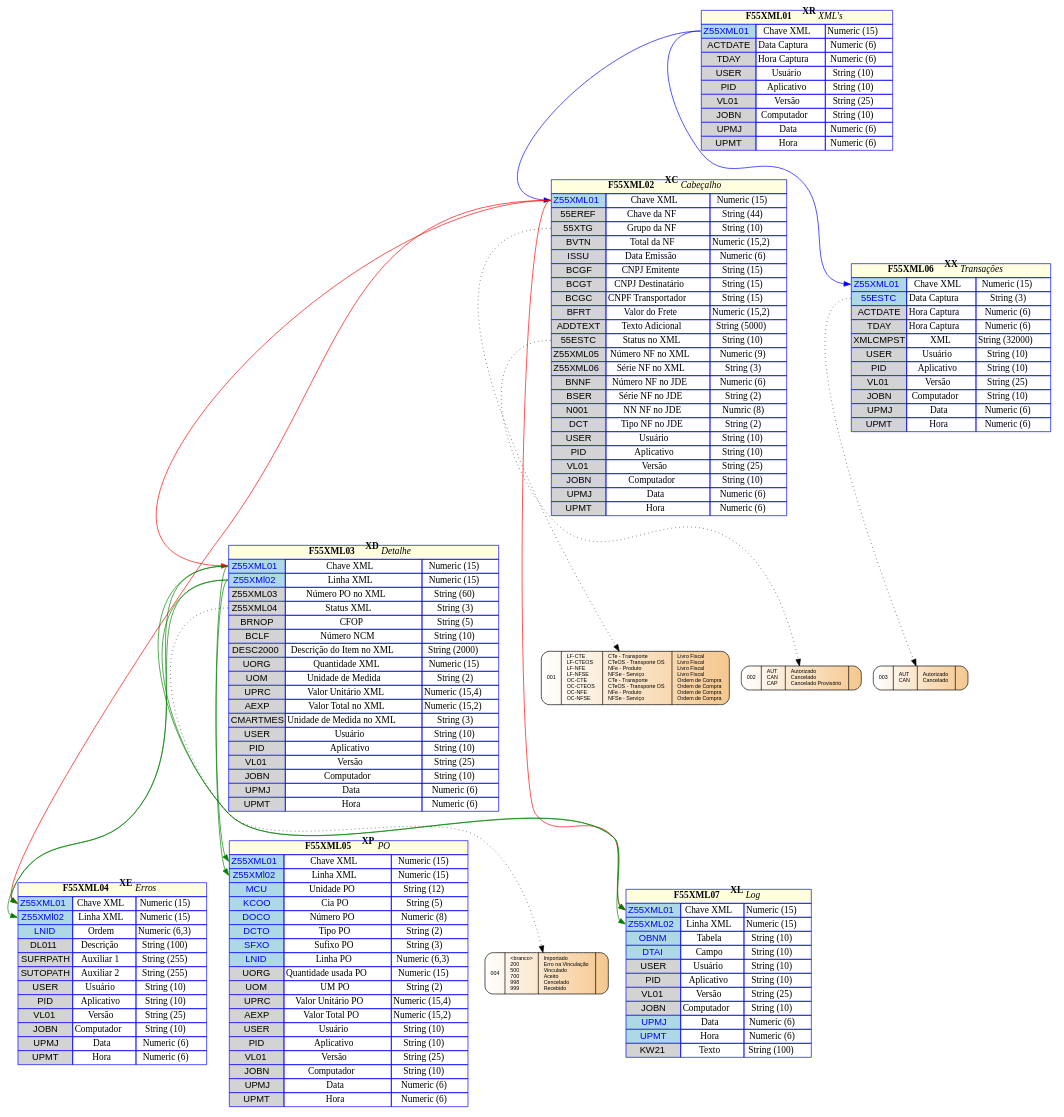
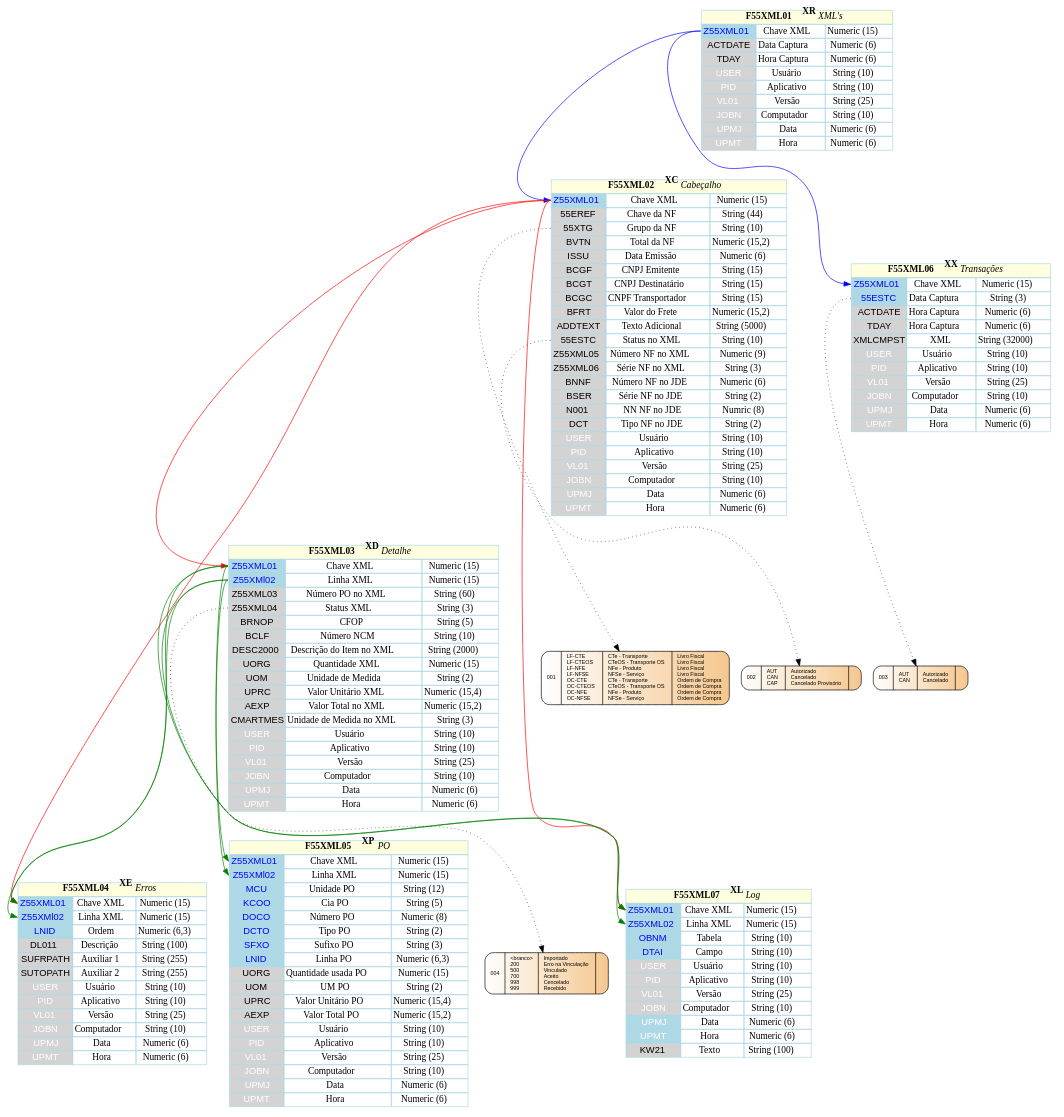
The diagram in ER XML - novo.gv (GiovaniPM/Graphs), drawn with Graphviz before and after one commit.

Commit message:
Giovani_Mesquita(RBST10164) 200317114206

```diff
--- a/ER XML - novo.gv
+++ b/ER XML - novo.gv
@@ -3,24 +3,24 @@
   tabela01 [
    shape=none
    label=<
-     <table border='0' cellborder='1' color='blue' cellspacing='0'>
+     <table border='0' cellborder='1' color='lightblue' cellspacing='0'>
        <tr><td colspan="3" bgcolor="lightyellow"><b>F55XML01<sup>XR</sup></b> <i>XML's</i></td></tr>
        <tr><td port='col01' bgcolor="lightblue"><font face="helvetica" color="blue">Z55XML01</font></td><td>Chave XML</td><td>Numeric (15)</td></tr>
        <tr><td port='col02' bgcolor="lightgray"><font face="helvetica" color="black">ACTDATE</font></td><td>Data Captura</td><td>Numeric (6)</td></tr>
        <tr><td port='col03' bgcolor="lightgray"><font face="helvetica" color="black">TDAY</font></td><td>Hora Captura</td><td>Numeric (6)</td></tr>
-       <tr><td bgcolor="lightgray"><font face="helvetica" color="black">USER</font></td><td>Usuário</td><td>String (10)</td></tr>
-       <tr><td bgcolor="lightgray"><font face="helvetica" color="black">PID</font></td><td>Aplicativo</td><td>String (10)</td></tr>
-       <tr><td bgcolor="lightgray"><font face="helvetica" color="black">VL01</font></td><td>Versão</td><td>String (25)</td></tr>
-       <tr><td bgcolor="lightgray"><font face="helvetica" color="black">JOBN</font></td><td>Computador</td><td>String (10)</td></tr>
-       <tr><td bgcolor="lightgray"><font face="helvetica" color="black">UPMJ</font></td><td>Data</td><td>Numeric (6)</td></tr>
-       <tr><td bgcolor="lightgray"><font face="helvetica" color="black">UPMT</font></td><td>Hora</td><td>Numeric (6)</td></tr>
+       <tr><td bgcolor="lightgray"><font face="helvetica" color="white">USER</font></td><td>Usuário</td><td>String (10)</td></tr>
+       <tr><td bgcolor="lightgray"><font face="helvetica" color="white">PID</font></td><td>Aplicativo</td><td>String (10)</td></tr>
+       <tr><td bgcolor="lightgray"><font face="helvetica" color="white">VL01</font></td><td>Versão</td><td>String (25)</td></tr>
+       <tr><td bgcolor="lightgray"><font face="helvetica" color="white">JOBN</font></td><td>Computador</td><td>String (10)</td></tr>
+       <tr><td bgcolor="lightgray"><font face="helvetica" color="white">UPMJ</font></td><td>Data</td><td>Numeric (6)</td></tr>
+       <tr><td bgcolor="lightgray"><font face="helvetica" color="white">UPMT</font></td><td>Hora</td><td>Numeric (6)</td></tr>
      </table>
   >];
 
   tabela02 [
    shape=none
    label=<
-     <table border='0' cellborder='1' color='blue' cellspacing='0'>
+     <table border='0' cellborder='1' color='lightblue' cellspacing='0'>
        <tr><td colspan="3" bgcolor="lightyellow"><b>F55XML02<sup>XC</sup></b> <i>Cabeçalho</i></td></tr>
        <tr><td port='col01' bgcolor="lightblue"><font face="helvetica" color="blue">Z55XML01</font></td><td>Chave XML</td><td>Numeric (15)</td></tr>
        <tr><td port='col02' bgcolor="lightgray"><font face="helvetica" color="black">55EREF</font></td><td>Chave da NF</td><td>String (44)</td></tr>
@@ -39,19 +39,19 @@
        <tr><td port='col15' bgcolor="lightgray"><font face="helvetica" color="black">BSER</font></td><td>Série NF no JDE</td><td>String (2)</td></tr>
        <tr><td port='col16' bgcolor="lightgray"><font face="helvetica" color="black">N001</font></td><td>NN NF no JDE</td><td>Numric (8)</td></tr>
        <tr><td port='col17' bgcolor="lightgray"><font face="helvetica" color="black">DCT</font></td><td>Tipo NF no JDE</td><td>String (2)</td></tr>
-       <tr><td bgcolor="lightgray"><font face="helvetica" color="black">USER</font></td><td>Usuário</td><td>String (10)</td></tr>
-       <tr><td bgcolor="lightgray"><font face="helvetica" color="black">PID</font></td><td>Aplicativo</td><td>String (10)</td></tr>
-       <tr><td bgcolor="lightgray"><font face="helvetica" color="black">VL01</font></td><td>Versão</td><td>String (25)</td></tr>
-       <tr><td bgcolor="lightgray"><font face="helvetica" color="black">JOBN</font></td><td>Computador</td><td>String (10)</td></tr>
-       <tr><td bgcolor="lightgray"><font face="helvetica" color="black">UPMJ</font></td><td>Data</td><td>Numeric (6)</td></tr>
-       <tr><td bgcolor="lightgray"><font face="helvetica" color="black">UPMT</font></td><td>Hora</td><td>Numeric (6)</td></tr>
+       <tr><td bgcolor="lightgray"><font face="helvetica" color="white">USER</font></td><td>Usuário</td><td>String (10)</td></tr>
+       <tr><td bgcolor="lightgray"><font face="helvetica" color="white">PID</font></td><td>Aplicativo</td><td>String (10)</td></tr>
+       <tr><td bgcolor="lightgray"><font face="helvetica" color="white">VL01</font></td><td>Versão</td><td>String (25)</td></tr>
+       <tr><td bgcolor="lightgray"><font face="helvetica" color="white">JOBN</font></td><td>Computador</td><td>String (10)</td></tr>
+       <tr><td bgcolor="lightgray"><font face="helvetica" color="white">UPMJ</font></td><td>Data</td><td>Numeric (6)</td></tr>
+       <tr><td bgcolor="lightgray"><font face="helvetica" color="white">UPMT</font></td><td>Hora</td><td>Numeric (6)</td></tr>
      </table>
   >];
 
   tabela03 [
    shape=none
    label=<
-     <table border='0' cellborder='1' color='blue' cellspacing='0'>
+     <table border='0' cellborder='1' color='lightblue' cellspacing='0'>
        <tr><td colspan="3" bgcolor="lightyellow"><b>F55XML03<sup>XD</sup></b> <i>Detalhe</i></td></tr>
        <tr><td port='col01' bgcolor="lightblue"><font face="helvetica" color="blue">Z55XML01</font></td><td>Chave XML</td><td>Numeric (15)</td></tr>
        <tr><td port='col02' bgcolor="lightblue"><font face="helvetica" color="blue">Z55XMl02</font></td><td>Linha XML</td><td>Numeric (15)</td></tr>
@@ -65,19 +65,19 @@
        <tr><td port='col10' bgcolor="lightgray"><font face="helvetica" color="black">UPRC</font></td><td>Valor Unitário XML</td><td>Numeric (15,4)</td></tr>
        <tr><td port='col11' bgcolor="lightgray"><font face="helvetica" color="black">AEXP</font></td><td>Valor Total no XML</td><td>Numeric (15,2)</td></tr>
        <tr><td port='col12' bgcolor="lightgray"><font face="helvetica" color="black">CMARTMES</font></td><td>Unidade de Medida no XML</td><td>String (3)</td></tr>
-       <tr><td bgcolor="lightgray"><font face="helvetica" color="black">USER</font></td><td>Usuário</td><td>String (10)</td></tr>
-       <tr><td bgcolor="lightgray"><font face="helvetica" color="black">PID</font></td><td>Aplicativo</td><td>String (10)</td></tr>
-       <tr><td bgcolor="lightgray"><font face="helvetica" color="black">VL01</font></td><td>Versão</td><td>String (25)</td></tr>
-       <tr><td bgcolor="lightgray"><font face="helvetica" color="black">JOBN</font></td><td>Computador</td><td>String (10)</td></tr>
-       <tr><td bgcolor="lightgray"><font face="helvetica" color="black">UPMJ</font></td><td>Data</td><td>Numeric (6)</td></tr>
-       <tr><td bgcolor="lightgray"><font face="helvetica" color="black">UPMT</font></td><td>Hora</td><td>Numeric (6)</td></tr>
+       <tr><td bgcolor="lightgray"><font face="helvetica" color="white">USER</font></td><td>Usuário</td><td>String (10)</td></tr>
+       <tr><td bgcolor="lightgray"><font face="helvetica" color="white">PID</font></td><td>Aplicativo</td><td>String (10)</td></tr>
+       <tr><td bgcolor="lightgray"><font face="helvetica" color="white">VL01</font></td><td>Versão</td><td>String (25)</td></tr>
+       <tr><td bgcolor="lightgray"><font face="helvetica" color="white">JOBN</font></td><td>Computador</td><td>String (10)</td></tr>
+       <tr><td bgcolor="lightgray"><font face="helvetica" color="white">UPMJ</font></td><td>Data</td><td>Numeric (6)</td></tr>
+       <tr><td bgcolor="lightgray"><font face="helvetica" color="white">UPMT</font></td><td>Hora</td><td>Numeric (6)</td></tr>
      </table>
   >];
 
   tabela04 [
    shape=none
    label=<
-     <table border='0' cellborder='1' color='blue' cellspacing='0'>
+     <table border='0' cellborder='1' color='lightblue' cellspacing='0'>
        <tr><td colspan="3" bgcolor="lightyellow"><b>F55XML04<sup>XE</sup></b> <i>Erros</i></td></tr>
        <tr><td port='col01' bgcolor="lightblue"><font face="helvetica" color="blue">Z55XML01</font></td><td>Chave XML</td><td>Numeric (15)</td></tr>
        <tr><td port='col02' bgcolor="lightblue"><font face="helvetica" color="blue">Z55XMl02</font></td><td>Linha XML</td><td>Numeric (15)</td></tr>
@@ -85,19 +85,19 @@
        <tr><td port='col04' bgcolor="lightgray"><font face="helvetica" color="black">DL011</font></td><td>Descrição</td><td>String (100)</td></tr>
        <tr><td port='col04' bgcolor="lightgray"><font face="helvetica" color="black">SUFRPATH</font></td><td>Auxiliar 1</td><td>String (255)</td></tr>
        <tr><td port='col04' bgcolor="lightgray"><font face="helvetica" color="black">SUTOPATH</font></td><td>Auxiliar 2</td><td>String (255)</td></tr>
-       <tr><td bgcolor="lightgray"><font face="helvetica" color="black">USER</font></td><td>Usuário</td><td>String (10)</td></tr>
-       <tr><td bgcolor="lightgray"><font face="helvetica" color="black">PID</font></td><td>Aplicativo</td><td>String (10)</td></tr>
-       <tr><td bgcolor="lightgray"><font face="helvetica" color="black">VL01</font></td><td>Versão</td><td>String (25)</td></tr>
-       <tr><td bgcolor="lightgray"><font face="helvetica" color="black">JOBN</font></td><td>Computador</td><td>String (10)</td></tr>
-       <tr><td bgcolor="lightgray"><font face="helvetica" color="black">UPMJ</font></td><td>Data</td><td>Numeric (6)</td></tr>
-       <tr><td bgcolor="lightgray"><font face="helvetica" color="black">UPMT</font></td><td>Hora</td><td>Numeric (6)</td></tr>
+       <tr><td bgcolor="lightgray"><font face="helvetica" color="white">USER</font></td><td>Usuário</td><td>String (10)</td></tr>
+       <tr><td bgcolor="lightgray"><font face="helvetica" color="white">PID</font></td><td>Aplicativo</td><td>String (10)</td></tr>
+       <tr><td bgcolor="lightgray"><font face="helvetica" color="white">VL01</font></td><td>Versão</td><td>String (25)</td></tr>
+       <tr><td bgcolor="lightgray"><font face="helvetica" color="white">JOBN</font></td><td>Computador</td><td>String (10)</td></tr>
+       <tr><td bgcolor="lightgray"><font face="helvetica" color="white">UPMJ</font></td><td>Data</td><td>Numeric (6)</td></tr>
+       <tr><td bgcolor="lightgray"><font face="helvetica" color="white">UPMT</font></td><td>Hora</td><td>Numeric (6)</td></tr>
      </table>
   >];
 
   tabela05 [
    shape=none
    label=<
-     <table border='0' cellborder='1' color='blue' cellspacing='0'>
+     <table border='0' cellborder='1' color='lightblue' cellspacing='0'>
        <tr><td colspan="3" bgcolor="lightyellow"><b>F55XML05<sup>XP</sup></b> <i>PO</i></td></tr>
        <tr><td port='col01' bgcolor="lightblue"><font face="helvetica" color="blue">Z55XML01</font></td><td>Chave XML</td><td>Numeric (15)</td></tr>
        <tr><td port='col02' bgcolor="lightblue"><font face="helvetica" color="blue">Z55XMl02</font></td><td>Linha XML</td><td>Numeric (15)</td></tr>
@@ -111,49 +111,49 @@
        <tr><td port='col10' bgcolor="lightgray"><font face="helvetica" color="black">UOM</font></td><td>UM PO</td><td>String (2)</td></tr>
        <tr><td port='col11' bgcolor="lightgray"><font face="helvetica" color="black">UPRC</font></td><td>Valor Unitário PO</td><td>Numeric (15,4)</td></tr>
        <tr><td port='col12' bgcolor="lightgray"><font face="helvetica" color="black">AEXP</font></td><td>Valor Total PO</td><td>Numeric (15,2)</td></tr>
-       <tr><td bgcolor="lightgray"><font face="helvetica" color="black">USER</font></td><td>Usuário</td><td>String (10)</td></tr>
-       <tr><td bgcolor="lightgray"><font face="helvetica" color="black">PID</font></td><td>Aplicativo</td><td>String (10)</td></tr>
-       <tr><td bgcolor="lightgray"><font face="helvetica" color="black">VL01</font></td><td>Versão</td><td>String (25)</td></tr>
-       <tr><td bgcolor="lightgray"><font face="helvetica" color="black">JOBN</font></td><td>Computador</td><td>String (10)</td></tr>
-       <tr><td bgcolor="lightgray"><font face="helvetica" color="black">UPMJ</font></td><td>Data</td><td>Numeric (6)</td></tr>
-       <tr><td bgcolor="lightgray"><font face="helvetica" color="black">UPMT</font></td><td>Hora</td><td>Numeric (6)</td></tr>
+       <tr><td bgcolor="lightgray"><font face="helvetica" color="white">USER</font></td><td>Usuário</td><td>String (10)</td></tr>
+       <tr><td bgcolor="lightgray"><font face="helvetica" color="white">PID</font></td><td>Aplicativo</td><td>String (10)</td></tr>
+       <tr><td bgcolor="lightgray"><font face="helvetica" color="white">VL01</font></td><td>Versão</td><td>String (25)</td></tr>
+       <tr><td bgcolor="lightgray"><font face="helvetica" color="white">JOBN</font></td><td>Computador</td><td>String (10)</td></tr>
+       <tr><td bgcolor="lightgray"><font face="helvetica" color="white">UPMJ</font></td><td>Data</td><td>Numeric (6)</td></tr>
+       <tr><td bgcolor="lightgray"><font face="helvetica" color="white">UPMT</font></td><td>Hora</td><td>Numeric (6)</td></tr>
      </table>
   >];
 
   tabela06 [
    shape=none
    label=<
-     <table border='0' cellborder='1' color='blue' cellspacing='0'>
+     <table border='0' cellborder='1' color='lightblue' cellspacing='0'>
        <tr><td colspan="3" bgcolor="lightyellow"><b>F55XML06<sup>XX</sup></b> <i>Transações</i></td></tr>
        <tr><td port='col01' bgcolor="lightblue"><font face="helvetica" color="blue">Z55XML01</font></td><td>Chave XML</td><td>Numeric (15)</td></tr>
        <tr><td port='col02' bgcolor="lightblue"><font face="helvetica" color="blue">55ESTC</font></td><td>Data Captura</td><td>String (3)</td></tr>
        <tr><td port='col03' bgcolor="lightgray"><font face="helvetica" color="black">ACTDATE</font></td><td>Hora Captura</td><td>Numeric (6)</td></tr>
        <tr><td port='col04' bgcolor="lightgray"><font face="helvetica" color="black">TDAY</font></td><td>Hora Captura</td><td>Numeric (6)</td></tr>
        <tr><td port='col05' bgcolor="lightgray"><font face="helvetica" color="black">XMLCMPST</font></td><td>XML</td><td>String (32000)</td></tr>
-       <tr><td bgcolor="lightgray"><font face="helvetica" color="black">USER</font></td><td>Usuário</td><td>String (10)</td></tr>
-       <tr><td bgcolor="lightgray"><font face="helvetica" color="black">PID</font></td><td>Aplicativo</td><td>String (10)</td></tr>
-       <tr><td bgcolor="lightgray"><font face="helvetica" color="black">VL01</font></td><td>Versão</td><td>String (25)</td></tr>
-       <tr><td bgcolor="lightgray"><font face="helvetica" color="black">JOBN</font></td><td>Computador</td><td>String (10)</td></tr>
-       <tr><td bgcolor="lightgray"><font face="helvetica" color="black">UPMJ</font></td><td>Data</td><td>Numeric (6)</td></tr>
-       <tr><td bgcolor="lightgray"><font face="helvetica" color="black">UPMT</font></td><td>Hora</td><td>Numeric (6)</td></tr>
+       <tr><td bgcolor="lightgray"><font face="helvetica" color="white">USER</font></td><td>Usuário</td><td>String (10)</td></tr>
+       <tr><td bgcolor="lightgray"><font face="helvetica" color="white">PID</font></td><td>Aplicativo</td><td>String (10)</td></tr>
+       <tr><td bgcolor="lightgray"><font face="helvetica" color="white">VL01</font></td><td>Versão</td><td>String (25)</td></tr>
+       <tr><td bgcolor="lightgray"><font face="helvetica" color="white">JOBN</font></td><td>Computador</td><td>String (10)</td></tr>
+       <tr><td bgcolor="lightgray"><font face="helvetica" color="white">UPMJ</font></td><td>Data</td><td>Numeric (6)</td></tr>
+       <tr><td bgcolor="lightgray"><font face="helvetica" color="white">UPMT</font></td><td>Hora</td><td>Numeric (6)</td></tr>
      </table>
   >];
 
   tabela07 [
    shape=none
    label=<
-     <table border='0' cellborder='1' color='blue' cellspacing='0'>
+     <table border='0' cellborder='1' color='lightblue' cellspacing='0'>
        <tr><td colspan="3" bgcolor="lightyellow"><b>F55XML07<sup>XL</sup></b> <i>Log</i></td></tr>
        <tr><td port='col01' bgcolor="lightblue"><font face="helvetica" color="blue">Z55XML01</font></td><td>Chave XML</td><td>Numeric (15)</td></tr>
        <tr><td port='col02' bgcolor="lightblue"><font face="helvetica" color="blue">Z55XML02</font></td><td>Linha XML</td><td>Numeric (15)</td></tr>
        <tr><td port='col03' bgcolor="lightblue"><font face="helvetica" color="blue">OBNM</font></td><td>Tabela</td><td>String (10)</td></tr>
        <tr><td port='col04' bgcolor="lightblue"><font face="helvetica" color="blue">DTAI</font></td><td>Campo</td><td>String (10)</td></tr>
-       <tr><td port='col05' bgcolor="lightgray"><font face="helvetica" color="black">USER</font></td><td>Usuário</td><td>String (10)</td></tr>
-       <tr><td port='col06' bgcolor="lightgray"><font face="helvetica" color="black">PID</font></td><td>Aplicativo</td><td>String (10)</td></tr>
-       <tr><td port='col07' bgcolor="lightgray"><font face="helvetica" color="black">VL01</font></td><td>Versão</td><td>String (25)</td></tr>
-       <tr><td port='col08' bgcolor="lightgray"><font face="helvetica" color="black">JOBN</font></td><td>Computador</td><td>String (10)</td></tr>
-       <tr><td port='col09' bgcolor="lightblue"><font face="helvetica" color="blue">UPMJ</font></td><td>Data</td><td>Numeric (6)</td></tr>
-       <tr><td port='col10' bgcolor="lightblue"><font face="helvetica" color="blue">UPMT</font></td><td>Hora</td><td>Numeric (6)</td></tr>
+       <tr><td port='col05' bgcolor="lightgray"><font face="helvetica" color="white">USER</font></td><td>Usuário</td><td>String (10)</td></tr>
+       <tr><td port='col06' bgcolor="lightgray"><font face="helvetica" color="white">PID</font></td><td>Aplicativo</td><td>String (10)</td></tr>
+       <tr><td port='col07' bgcolor="lightgray"><font face="helvetica" color="white">VL01</font></td><td>Versão</td><td>String (25)</td></tr>
+       <tr><td port='col08' bgcolor="lightgray"><font face="helvetica" color="white">JOBN</font></td><td>Computador</td><td>String (10)</td></tr>
+       <tr><td port='col09' bgcolor="lightblue"><font face="helvetica" color="white">UPMJ</font></td><td>Data</td><td>Numeric (6)</td></tr>
+       <tr><td port='col10' bgcolor="lightblue"><font face="helvetica" color="white">UPMT</font></td><td>Hora</td><td>Numeric (6)</td></tr>
        <tr><td port='col11' bgcolor="lightgray"><font face="helvetica" color="black">KW21</font></td><td>Texto</td><td>String (100)</td></tr>
      </table>
   >];
```
